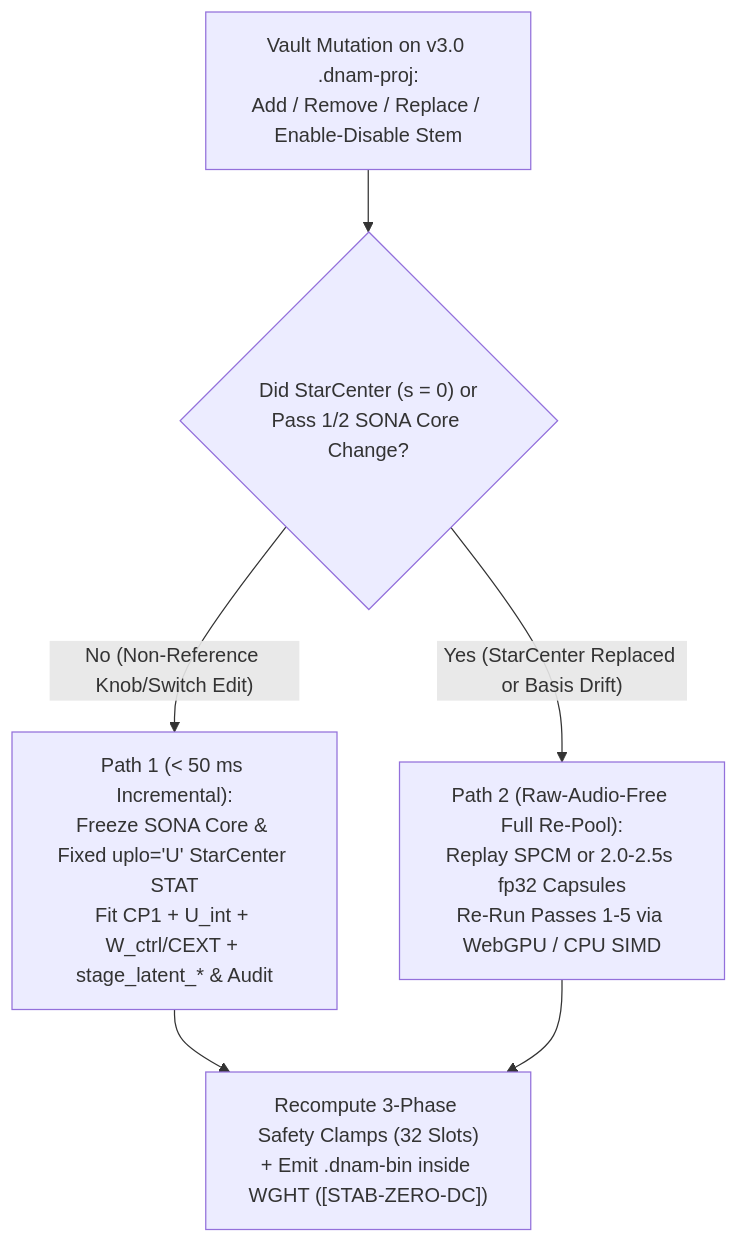
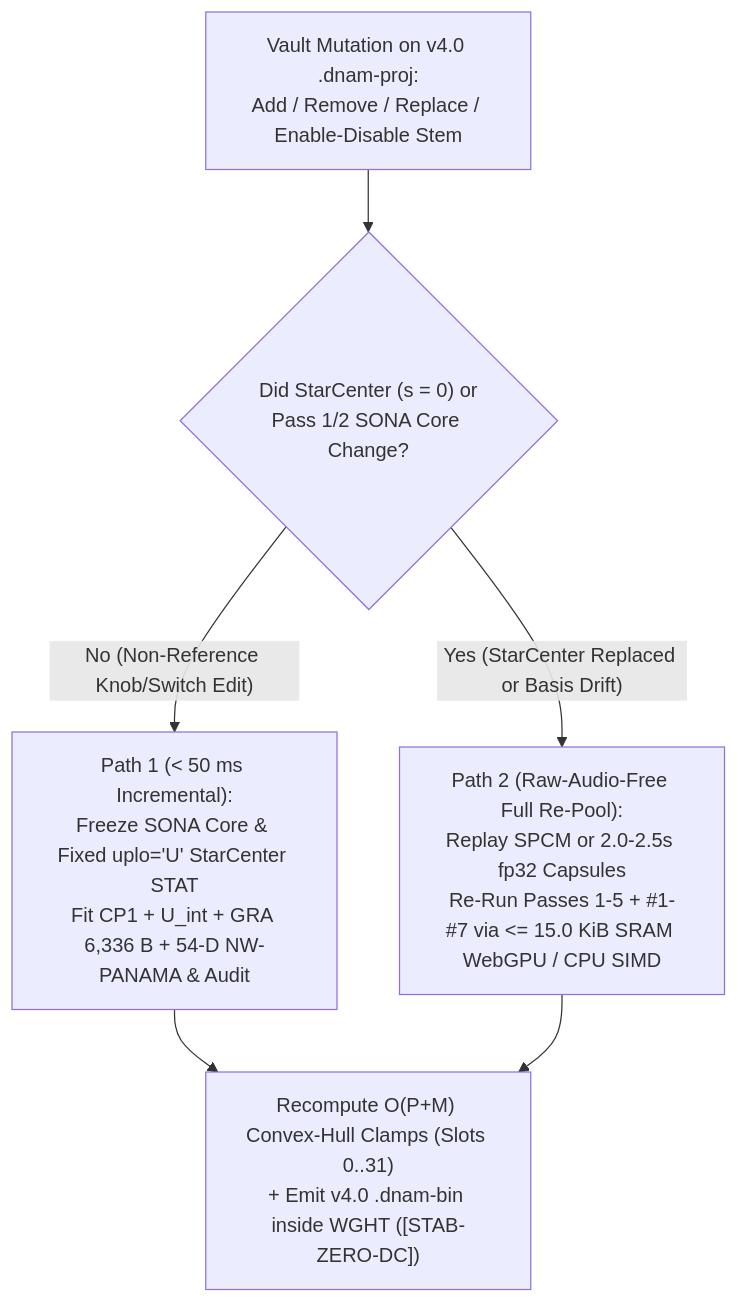
The diagram in docs/specs/training/iterative_resume_and_caching.md (mokugen/dnam), drawn with Mermaid before and after one commit. The commit also changed other lines of this file and 16 other files, not shown here.

````diff
--- a/docs/specs/training/iterative_resume_and_caching.md
+++ b/docs/specs/training/iterative_resume_and_caching.md
@@ -32,8 +34,8 @@
 ```mermaid
 flowchart TD
-    Edit["Vault Mutation on v3.0 .dnam-proj:<br/>Add / Remove / Replace / Enable-Disable Stem"] --> Gate{"Did StarCenter (s = 0) or<br/>Pass 1/2 SONA Core Change?"}
-    Gate -- "No (Non-Reference Knob/Switch Edit)" --> Fast["Path 1 (< 50 ms Incremental):<br/>Freeze SONA Core & Fixed uplo='U' StarCenter STAT<br/>Fit CP1 + U_int + W_ctrl/CEXT + stage_latent_* & Audit"]
-    Gate -- "Yes (StarCenter Replaced or Basis Drift)" --> Full["Path 2 (Raw-Audio-Free Full Re-Pool):<br/>Replay SPCM or 2.0-2.5s fp32 Capsules<br/>Re-Run Passes 1-5 via WebGPU / CPU SIMD"]
-    Fast --> Audit["Recompute 3-Phase Safety Clamps (32 Slots)<br/>+ Emit .dnam-bin inside WGHT ([STAB-ZERO-DC])"]
+    Edit["Vault Mutation on v4.0 .dnam-proj:<br/>Add / Remove / Replace / Enable-Disable Stem"] --> Gate{"Did StarCenter (s = 0) or<br/>Pass 1/2 SONA Core Change?"}
+    Gate -- "No (Non-Reference Knob/Switch Edit)" --> Fast["Path 1 (< 50 ms Incremental):<br/>Freeze SONA Core & Fixed uplo='U' StarCenter STAT<br/>Fit CP1 + U_int + GRA 6,336 B + 54-D NW-PANAMA & Audit"]
+    Gate -- "Yes (StarCenter Replaced or Basis Drift)" --> Full["Path 2 (Raw-Audio-Free Full Re-Pool):<br/>Replay SPCM or 2.0-2.5s fp32 Capsules<br/>Re-Run Passes 1-5 + #1-#7 via <= 15.0 KiB SRAM WebGPU / CPU SIMD"]
+    Fast --> Audit["Recompute O(P+M) Convex-Hull Clamps (Slots 0..31)<br/>+ Emit v4.0 .dnam-bin inside WGHT ([STAB-ZERO-DC])"]
     Full --> Audit
 ```
````
